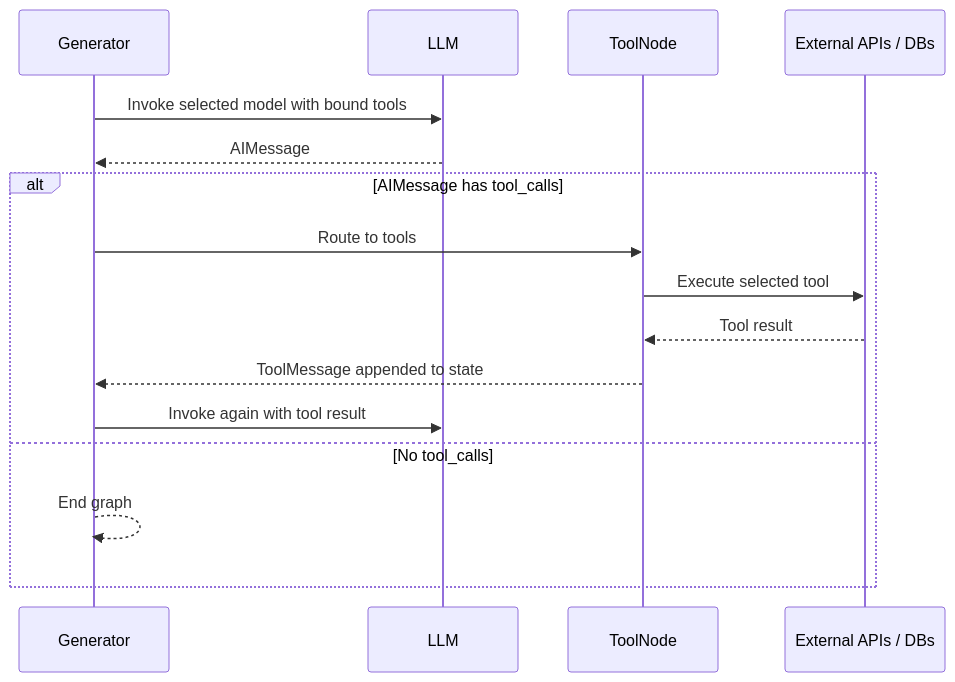
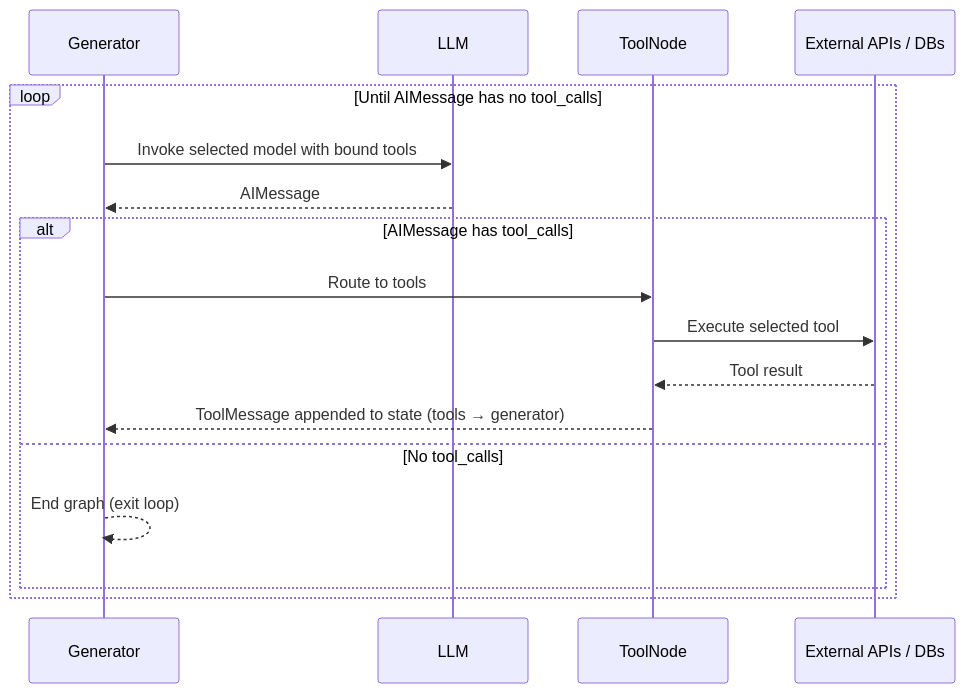
The second of 2 diagrams in README.md (jpjp92/chat-agent), drawn with Mermaid before and after one commit. The commit also changed other lines of this file and 15 other files, not shown here.

Commit message:
feat: Stage1 grounding thinkingBudget 0 적용 및 문서/계획 정리 - generator.ts: 비-medical 검색 쿼리 Stage1 thinkingBudget 0 (grounding latency ~48% 단축, 무손실) - medical_qa는 budget 3000 유지 - docs: PLAN_ 접두 통일, README 개편, REF_Architecture 추가, DEV_260602 로그 정리 - gpt image 모델 테스트 정리

````diff
--- a/README.md
+++ b/README.md
@@ -204,19 +176,20 @@
 ```mermaid
 sequenceDiagram
     participant G as Generator
     participant L as LLM
     participant T as ToolNode
     participant E as External APIs / DBs
 
-    G->>L: Invoke selected model with bound tools
-    L-->>G: AIMessage
-    alt AIMessage has tool_calls
-        G->>T: Route to tools
-        T->>E: Execute selected tool
-        E-->>T: Tool result
-        T-->>G: ToolMessage appended to state
-        G->>L: Invoke again with tool result
-    else No tool_calls
-        G-->>G: End graph
+    loop Until AIMessage has no tool_calls
+        G->>L: Invoke selected model with bound tools
+        L-->>G: AIMessage
+        alt AIMessage has tool_calls
+            G->>T: Route to tools
+            T->>E: Execute selected tool
+            E-->>T: Tool result
+            T-->>G: ToolMessage appended to state (tools → generator)
+        else No tool_calls
+            G-->>G: End graph (exit loop)
+        end
     end
 ```
````
